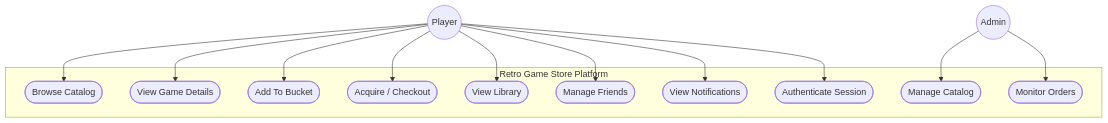
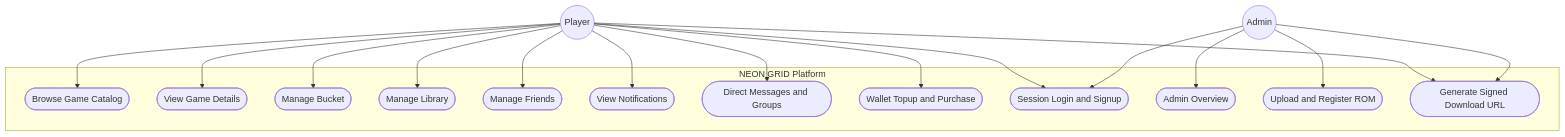
One commit to Alexsilvin/Advanced-Database-System changed the second of 6 diagrams in README.md. Above: the diagram before and after it, drawn with Mermaid. The commit also changed other lines of this file and 3 other files, not shown here.

````diff
--- a/README.md
+++ b/README.md
@@ -55,30 +172,36 @@
 ```mermaid
 flowchart TB
-   Player((Player))
-   Admin((Admin))
+	Player((Player))
+	Admin((Admin))
 
-   subgraph Platform[Retro Game Store Platform]
-      UC1([Browse Catalog])
-      UC2([View Game Details])
-      UC3([Add To Bucket])
-      UC4([Acquire / Checkout])
-      UC5([View Library])
-      UC6([Manage Friends])
-      UC7([View Notifications])
-      UC8([Authenticate Session])
-      UC9([Manage Catalog])
-      UC10([Monitor Orders])
-   end
+	subgraph Platform[NEON GRID Platform]
+		UC1([Browse Game Catalog])
+		UC2([View Game Details])
+		UC3([Manage Bucket])
+		UC4([Manage Library])
+		UC5([Manage Friends])
+		UC6([View Notifications])
+		UC7([Direct Messages and Groups])
+		UC8([Wallet Topup and Purchase])
+		UC9([Session Login and Signup])
+		UC10([Admin Overview])
+		UC11([Upload and Register ROM])
+		UC12([Generate Signed Download URL])
+	end
 
-   Player --> UC1
-   Player --> UC2
-   Player --> UC3
-   Player --> UC4
-   Player --> UC5
-   Player --> UC6
-   Player --> UC7
-   Player --> UC8
+	Player --> UC1
+	Player --> UC2
+	Player --> UC3
+	Player --> UC4
+	Player --> UC5
+	Player --> UC6
+	Player --> UC7
+	Player --> UC8
+	Player --> UC9
+	Player --> UC12
 
-   Admin --> UC9
-   Admin --> UC10
+	Admin --> UC9
+	Admin --> UC10
+	Admin --> UC11
+	Admin --> UC12
 ```
````
